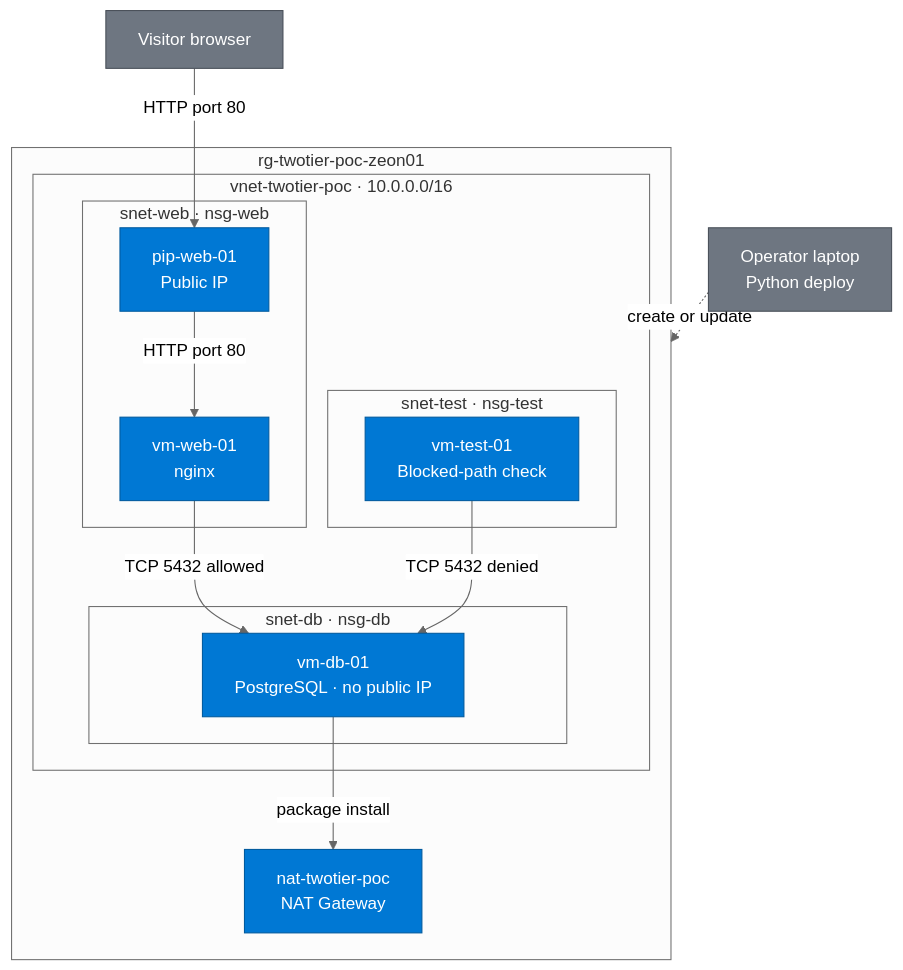
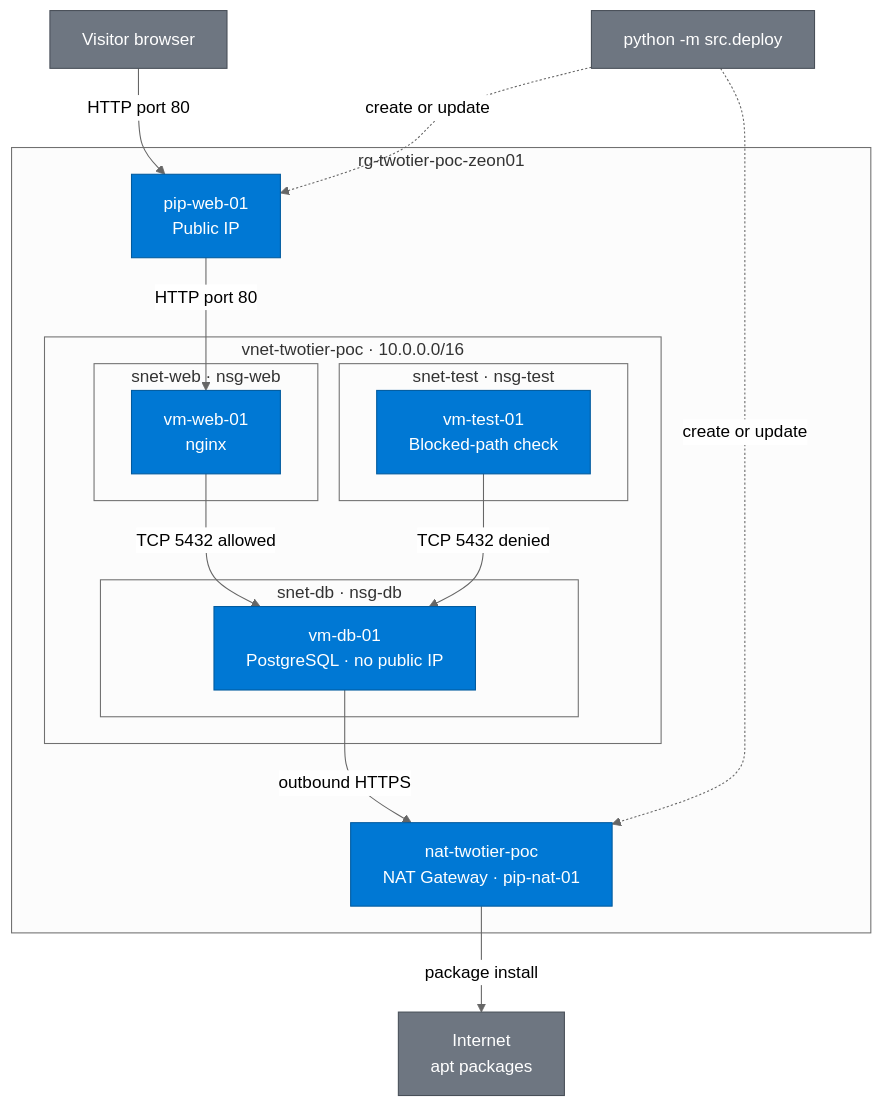
Before and after one commit to zsociety47/azure-two-tier-network-poc: the diagram in README.md, drawn with Mermaid (neutral theme). The commit also changed other lines of this file, not shown here.

Commit message:
Point architecture arrows at real resources and move the public IPs outside the VNet.

````diff
--- a/README.md
+++ b/README.md
@@ -344,34 +344,37 @@
 ```mermaid
 flowchart TD
     visitor["Visitor browser"]
-    operator["Operator laptop<br/>Python deploy"]
+    deploy["python -m src.deploy"]
+    packages["Internet<br/>apt packages"]
 
     subgraph rg["rg-twotier-poc-zeon01"]
+        pip["pip-web-01<br/>Public IP"]
+        nat["nat-twotier-poc<br/>NAT Gateway · pip-nat-01"]
         subgraph vnet["vnet-twotier-poc · 10.0.0.0/16"]
             subgraph web["snet-web · nsg-web"]
-                pip["pip-web-01<br/>Public IP"]
                 vmweb["vm-web-01<br/>nginx"]
             end
             subgraph db["snet-db · nsg-db"]
                 vmdb["vm-db-01<br/>PostgreSQL · no public IP"]
             end
             subgraph test["snet-test · nsg-test"]
                 vmtest["vm-test-01<br/>Blocked-path check"]
             end
         end
-        nat["nat-twotier-poc<br/>NAT Gateway"]
     end
 
     visitor -- "HTTP port 80" --> pip
     pip -- "HTTP port 80" --> vmweb
     vmweb -- "TCP 5432 allowed" --> vmdb
     vmtest -- "TCP 5432 denied" --> vmdb
-    vmdb -- "package install" --> nat
-    operator -. "create or update" .-> rg
+    vmdb -- "outbound HTTPS" --> nat
+    nat -- "package install" --> packages
+    deploy -. "create or update" .-> pip
+    deploy -. "create or update" .-> nat
 
     classDef azure fill:#0078d4,stroke:#005a9e,color:#fff
     classDef external fill:#6e7681,stroke:#484f58,color:#fff
 
     class pip,vmweb,vmdb,vmtest,nat azure
-    class visitor,operator external
+    class visitor,deploy,packages external
 ```
````
